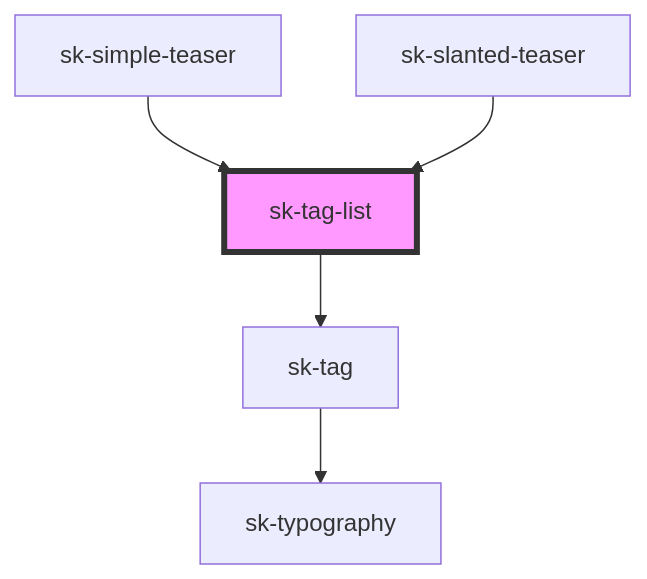
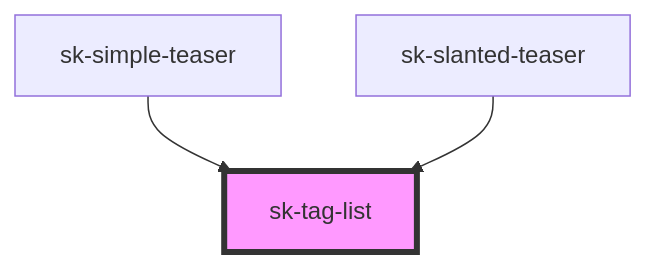
The diagram in stencil/src/components/tag-list/readme.md (simonknittel/components), drawn with Mermaid before and after one commit. The commit also changed other lines of this file and 17 other files, not shown here.

Commit message:
Round corners for teasers; BREAKING: Replace items attribte of sk-tag-list with slot; Add new font size

````diff
--- a/stencil/src/components/tag-list/readme.md
+++ b/stencil/src/components/tag-list/readme.md
@@ -27,8 +16,6 @@
 ```mermaid
 graph TD;
-  sk-tag-list --> sk-tag
-  sk-tag --> sk-typography
   sk-simple-teaser --> sk-tag-list
   sk-slanted-teaser --> sk-tag-list
   style sk-tag-list fill:#f9f,stroke:#333,stroke-width:4px
 ```
````
